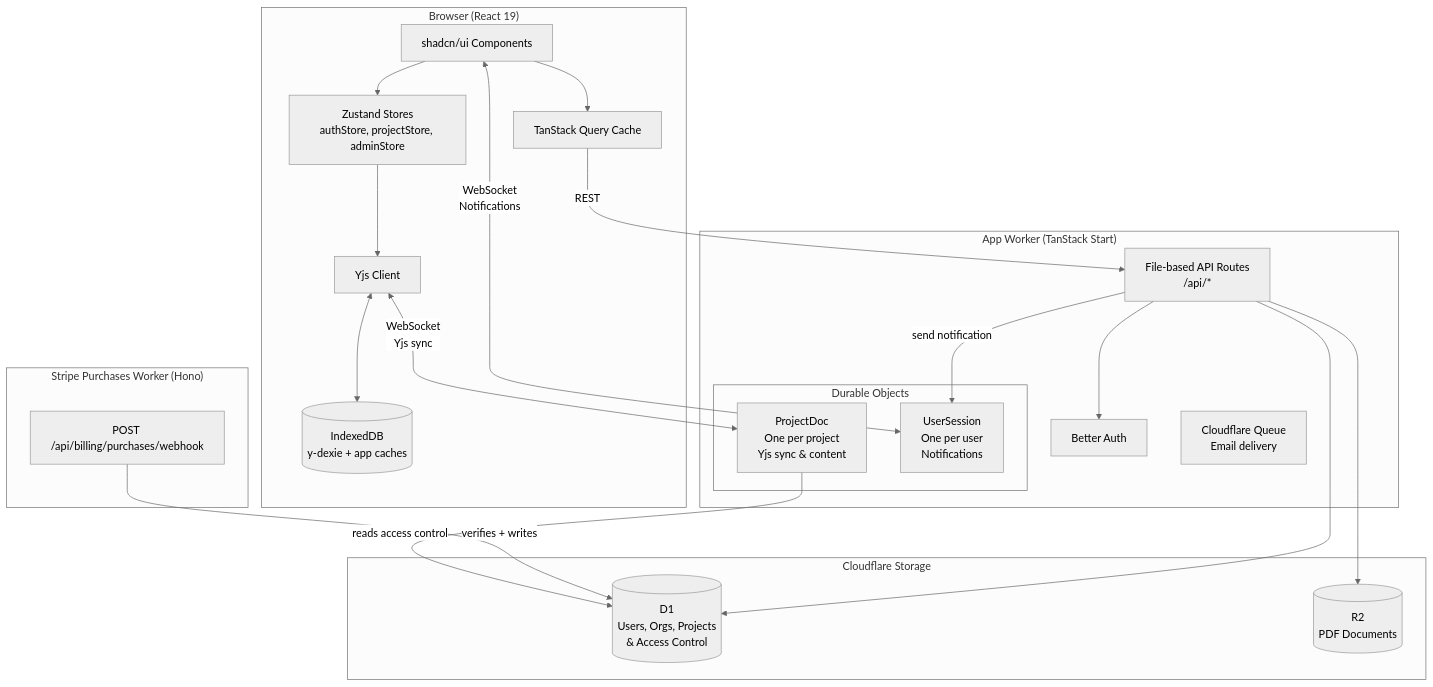
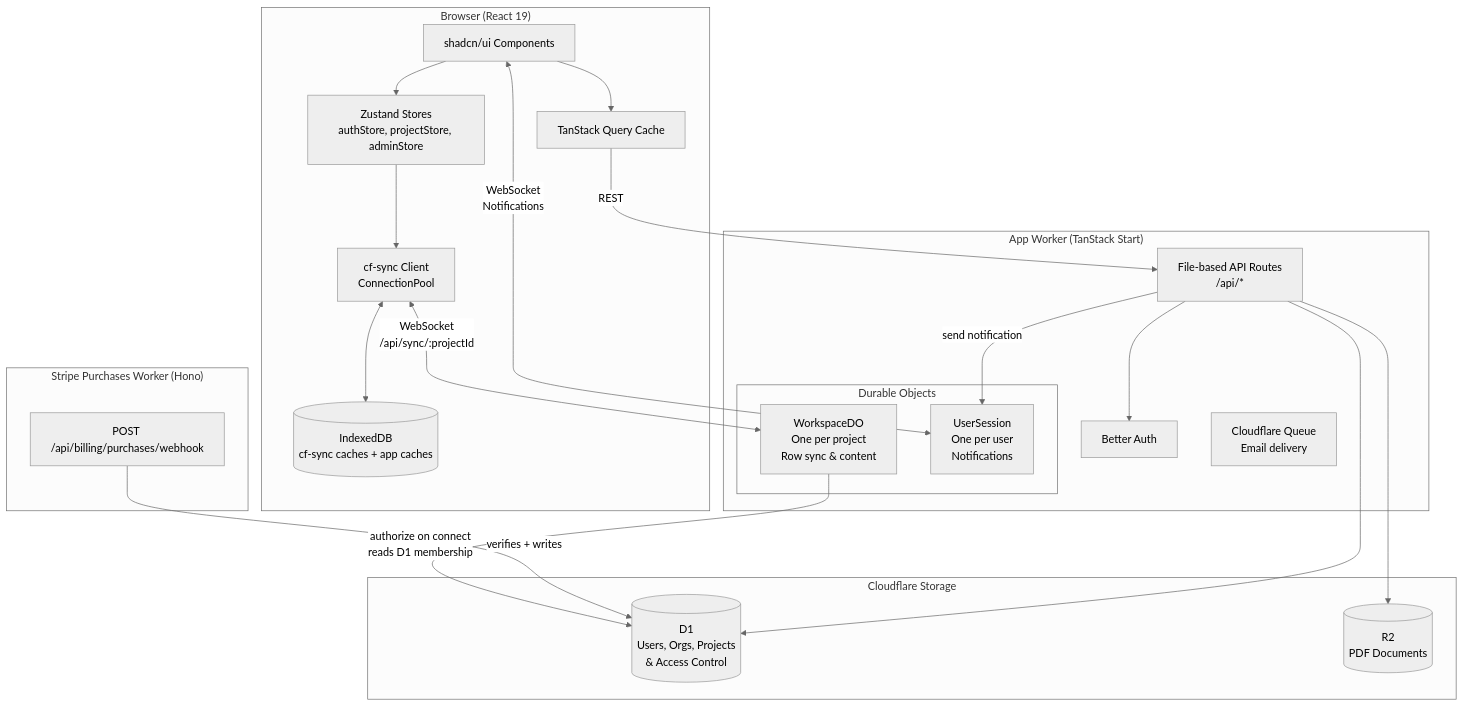
Before and after one commit to InfinityBowman/corates: the diagram in packages/docs/architecture/diagrams/02-system-architecture.md, drawn with Mermaid (neutral theme). The commit also changed other lines of this file and 9 other files, not shown here.

````diff
--- a/packages/docs/architecture/diagrams/02-system-architecture.md
+++ b/packages/docs/architecture/diagrams/02-system-architecture.md
@@ -5,44 +5,44 @@
 ```mermaid
 flowchart TB
     subgraph Client["Browser (React 19)"]
         UI[shadcn/ui Components]
         Stores[Zustand Stores<br/>authStore, projectStore, adminStore]
         Query[TanStack Query Cache]
-        YjsClient[Yjs Client]
-        IDB[(IndexedDB<br/>y-dexie + app caches)]
+        SyncClient[cf-sync Client<br/>ConnectionPool]
+        IDB[(IndexedDB<br/>cf-sync caches + app caches)]
     end
 
     subgraph MainWorker["App Worker (TanStack Start)"]
         Routes[File-based API Routes<br/>/api/*]
         Auth[Better Auth]
 
         subgraph DurableObjects["Durable Objects"]
-            ProjectDoc[ProjectDoc<br/>One per project<br/>Yjs sync & content]
+            WorkspaceDO[WorkspaceDO<br/>One per project<br/>Row sync & content]
             UserSession[UserSession<br/>One per user<br/>Notifications]
         end
         EmailQueue[Cloudflare Queue<br/>Email delivery]
     end
 
     subgraph StripeWorker["Stripe Purchases Worker (Hono)"]
         StripeWebhook[POST /api/billing/purchases/webhook]
     end
 
     subgraph Storage["Cloudflare Storage"]
         D1[(D1<br/>Users, Orgs, Projects<br/>& Access Control)]
         R2[(R2<br/>PDF Documents)]
     end
 
     UI --> Stores
     UI --> Query
-    Stores --> YjsClient
-    YjsClient <-->|"WebSocket<br/>Yjs sync"| ProjectDoc
-    YjsClient <--> IDB
+    Stores --> SyncClient
+    SyncClient <-->|"WebSocket<br/>/api/sync/:projectId"| WorkspaceDO
+    SyncClient <--> IDB
     UI <-->|"WebSocket<br/>Notifications"| UserSession
     Query -->|"REST"| Routes
     Routes --> Auth
     Routes --> D1
     Routes --> R2
     Routes -->|"send notification"| UserSession
     StripeWebhook -->|"verifies + writes"| D1
-    ProjectDoc -->|"reads access control"| D1
+    WorkspaceDO -->|"authorize on connect<br/>reads D1 membership"| D1
 ```
````
